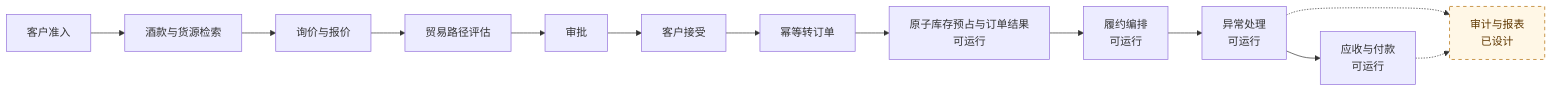
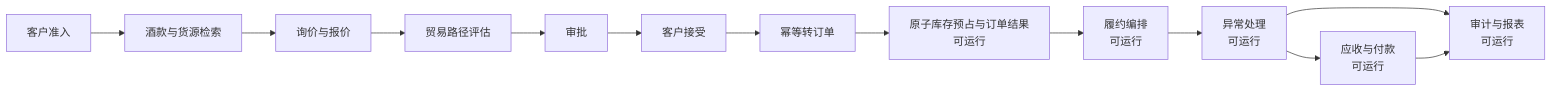
The third of 3 diagrams in README.md (RomanticHW/cellarbridge-platform), drawn with Mermaid before and after one commit. The commit also changed other lines of this file and 4 other files, not shown here.

````diff
--- a/README.md
+++ b/README.md
@@ -297,18 +297,16 @@
 ```mermaid
 flowchart LR
     A[客户准入] --> B[酒款与货源检索]
     B --> C[询价与报价]
     C --> D[贸易路径评估]
     D --> E[审批]
     E --> F[客户接受]
     F --> G[幂等转订单]
     G --> H[原子库存预占与订单结果<br/>可运行]
     H --> I[履约编排<br/>可运行]
     I --> J[异常处理<br/>可运行]
     J --> K[应收与付款<br/>可运行]
-    J -.-> L[审计与报表<br/>已设计]
-    K -.-> L
+    J --> L[审计与报表<br/>可运行]
+    K --> L
 
-    classDef planned fill:#fff7e6,stroke:#b26a00,color:#5f3700,stroke-dasharray:5 5;
-    class L planned;
 ```
````
